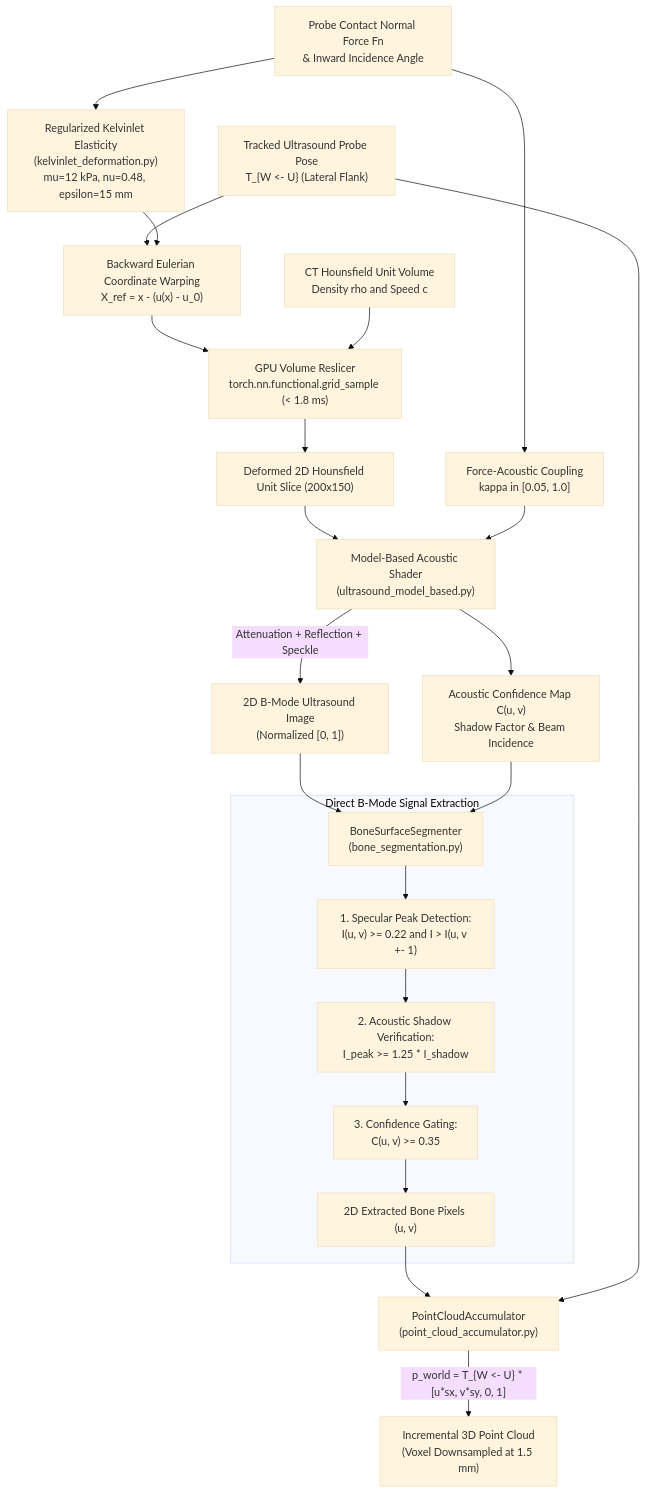
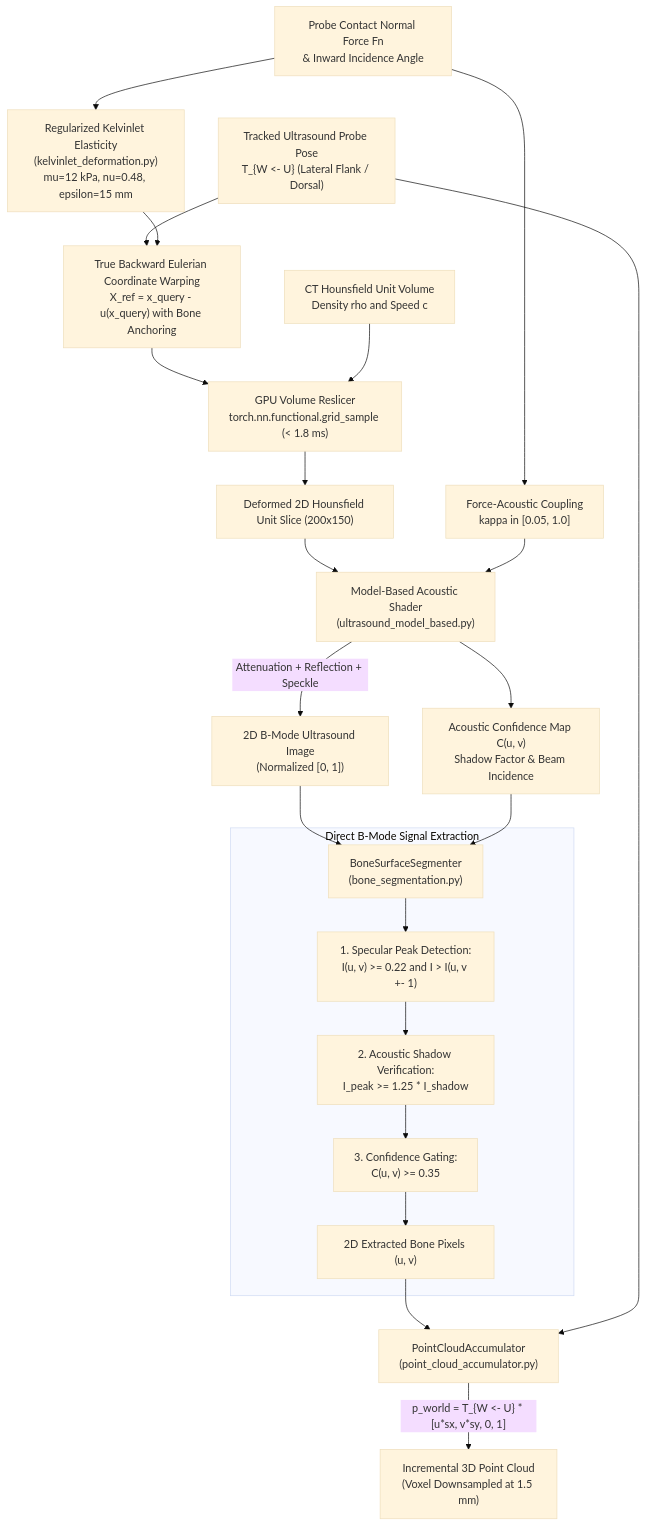
The third of 5 diagrams in FLOW.md (rishang19dx/MTP-Surgical-Robotcs), drawn with Mermaid (base theme) before and after one commit. The commit also changed other lines of this file and 26 other files, not shown here.

````diff
--- a/FLOW.md
+++ b/FLOW.md
@@ -83,30 +83,30 @@
 ```mermaid
 flowchart TD
-    ProbePose["Tracked Ultrasound Probe Pose\nT_{W <- U} (Lateral Flank)"] --> WarpGrid["Backward Eulerian Coordinate Warping\nX_ref = x - (u(x) - u_0)"]
+    ProbePose["Tracked Ultrasound Probe Pose\nT_{W <- U} (Lateral Flank / Dorsal)"] --> WarpGrid["True Backward Eulerian Coordinate Warping\nX_ref = x_query - u(x_query) with Bone Anchoring"]
     Force["Probe Contact Normal Force Fn\n& Inward Incidence Angle"] --> Kelvinlet["Regularized Kelvinlet Elasticity\n(kelvinlet_deformation.py)\nmu=12 kPa, nu=0.48, epsilon=15 mm"]
     Kelvinlet --> WarpGrid
     WarpGrid --> GridSample["GPU Volume Reslicer\ntorch.nn.functional.grid_sample (< 1.8 ms)"]
     CTVol["CT Hounsfield Unit Volume\nDensity rho and Speed c"] --> GridSample
     GridSample --> HU_Slice["Deformed 2D Hounsfield Unit Slice (200x150)"]
 
     HU_Slice --> AcousticShader["Model-Based Acoustic Shader\n(ultrasound_model_based.py)"]
     Force --> Coupling["Force-Acoustic Coupling\nkappa in [0.05, 1.0]"]
     Coupling --> AcousticShader
 
     AcousticShader -->|"Attenuation + Reflection + Speckle"| BMode["2D B-Mode Ultrasound Image\n(Normalized [0, 1])"]
     AcousticShader --> ConfMap["Acoustic Confidence Map C(u, v)\nShadow Factor & Beam Incidence"]
 
     BMode --> Seg["BoneSurfaceSegmenter\n(bone_segmentation.py)"]
     ConfMap --> Seg
 
     subgraph Direct_US_Segmentation["Direct B-Mode Signal Extraction"]
         Seg --> S1["1. Specular Peak Detection:\nI(u, v) >= 0.22 and I > I(u, v +- 1)"]
         S1 --> S2["2. Acoustic Shadow Verification:\nI_peak >= 1.25 * I_shadow"]
         S2 --> S3["3. Confidence Gating:\nC(u, v) >= 0.35"]
         S3 --> Contours["2D Extracted Bone Pixels (u, v)"]
     end
 
     Contours --> Accum["PointCloudAccumulator\n(point_cloud_accumulator.py)"]
     ProbePose --> Accum
     Accum -->|"p_world = T_{W <- U} * [u*sx, v*sy, 0, 1]"| VoxelGrid["Incremental 3D Point Cloud\n(Voxel Downsampled at 1.5 mm)"]
 ```
````
